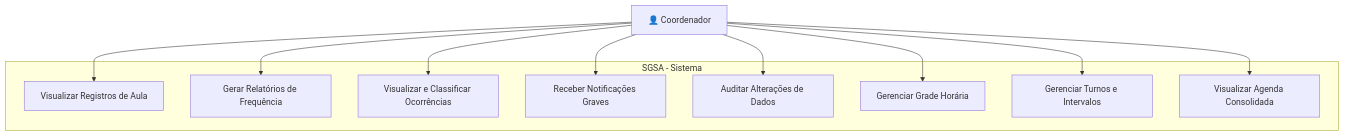
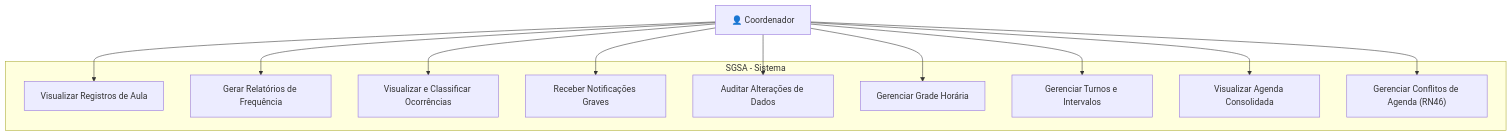
Before and after one commit to prof-andrericardo/sgsa: the second of 4 diagrams in documentation/03-SGSA - Diagramas de Caso de Uso por Perfil.md, drawn with Mermaid. The commit also changed other lines of this file and 3 other files, not shown here.

````diff
--- a/documentation/03-SGSA - Diagramas de Caso de Uso por Perfil.md
+++ b/documentation/03-SGSA - Diagramas de Caso de Uso por Perfil.md
@@ -43,24 +41,26 @@
 ```mermaid
 flowchart TB
     Coordenador["👤 Coordenador"]
 
     subgraph SGSA [SGSA - Sistema]
         B1["Visualizar Registros de Aula"]
         B2["Gerar Relatórios de Frequência"]
         B3["Visualizar e Classificar Ocorrências"]
         B4["Receber Notificações Graves"]
         B5["Auditar Alterações de Dados"]
         B6["Gerenciar Grade Horária"]
         B7["Gerenciar Turnos e Intervalos"]
         B8["Visualizar Agenda Consolidada"]
+        B9["Gerenciar Conflitos de Agenda (RN46)"]
     end
 
     Coordenador --> B1
     Coordenador --> B2
     Coordenador --> B3
     Coordenador --> B4
     Coordenador --> B5
     Coordenador --> B6
     Coordenador --> B7
     Coordenador --> B8
+    Coordenador --> B9
 ```
````
